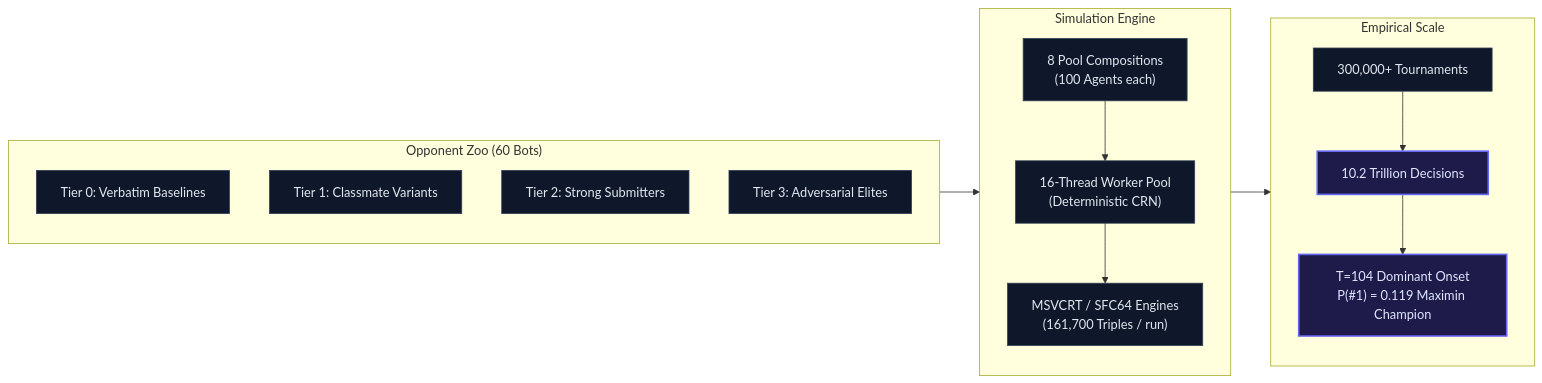
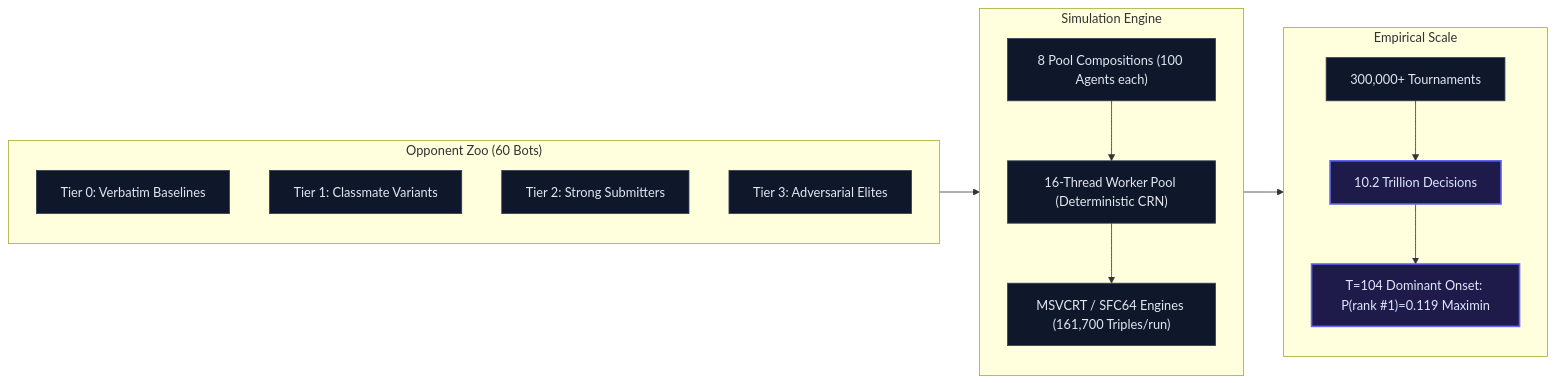
The third of 3 diagrams in README.md (ApatheticMioz/pax-sentinel), drawn with Mermaid before and after one commit. The commit also changed other lines of this file, not shown here.

Commit message:
fix(docs): eliminate KaTeX parse errors, sanitize Mermaid labels, and clean equations

````diff
--- a/README.md
+++ b/README.md
@@ -115,36 +115,36 @@
 ```mermaid
 flowchart LR
     subgraph Zoo["Opponent Zoo (60 Bots)"]
         direction TB
         T0["Tier 0: Verbatim Baselines"]
         T1["Tier 1: Classmate Variants"]
         T2["Tier 2: Strong Submitters"]
         T3["Tier 3: Adversarial Elites"]
     end
 
     subgraph Core["Simulation Engine"]
         direction TB
-        Manifest["8 Pool Compositions<br/>(100 Agents each)"]
-        WorkerPool["16-Thread Worker Pool<br/>(Deterministic CRN)"]
-        Fidelity["MSVCRT / SFC64 Engines<br/>(161,700 Triples / run)"]
+        Manifest["8 Pool Compositions (100 Agents each)"]
+        WorkerPool["16-Thread Worker Pool (Deterministic CRN)"]
+        Fidelity["MSVCRT / SFC64 Engines (161,700 Triples/run)"]
     end
 
     subgraph Data["Empirical Scale"]
         direction TB
         Runs["300,000+ Tournaments"]
         Decisions["10.2 Trillion Decisions"]
-        Verdict["T=104 Dominant Onset<br/>P(#1) = 0.119 Maximin Champion"]
+        Verdict["T=104 Dominant Onset: P(rank #1)=0.119 Maximin"]
     end
 
     Zoo --> Manifest
     Manifest --> WorkerPool
     WorkerPool --> Fidelity
     Fidelity --> Runs
     Runs --> Decisions
     Decisions --> Verdict
 
     classDef box fill:#0f172a,stroke:#334155,stroke-width:1px,color:#e2e8f0;
     classDef highlight fill:#1e1b4b,stroke:#6366f1,stroke-width:2px,color:#e0e7ff;
     class T0,T1,T2,T3,Manifest,WorkerPool,Fidelity,Runs box;
     class Decisions,Verdict highlight;
 ```
````
